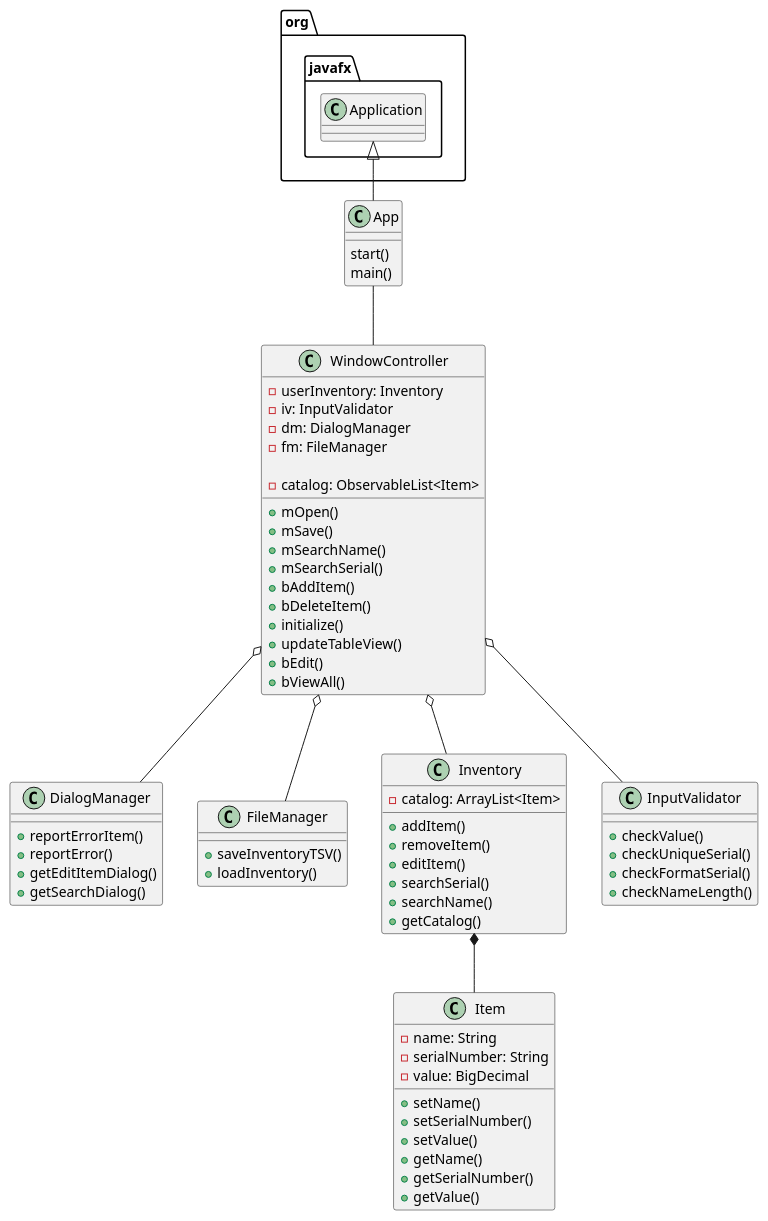
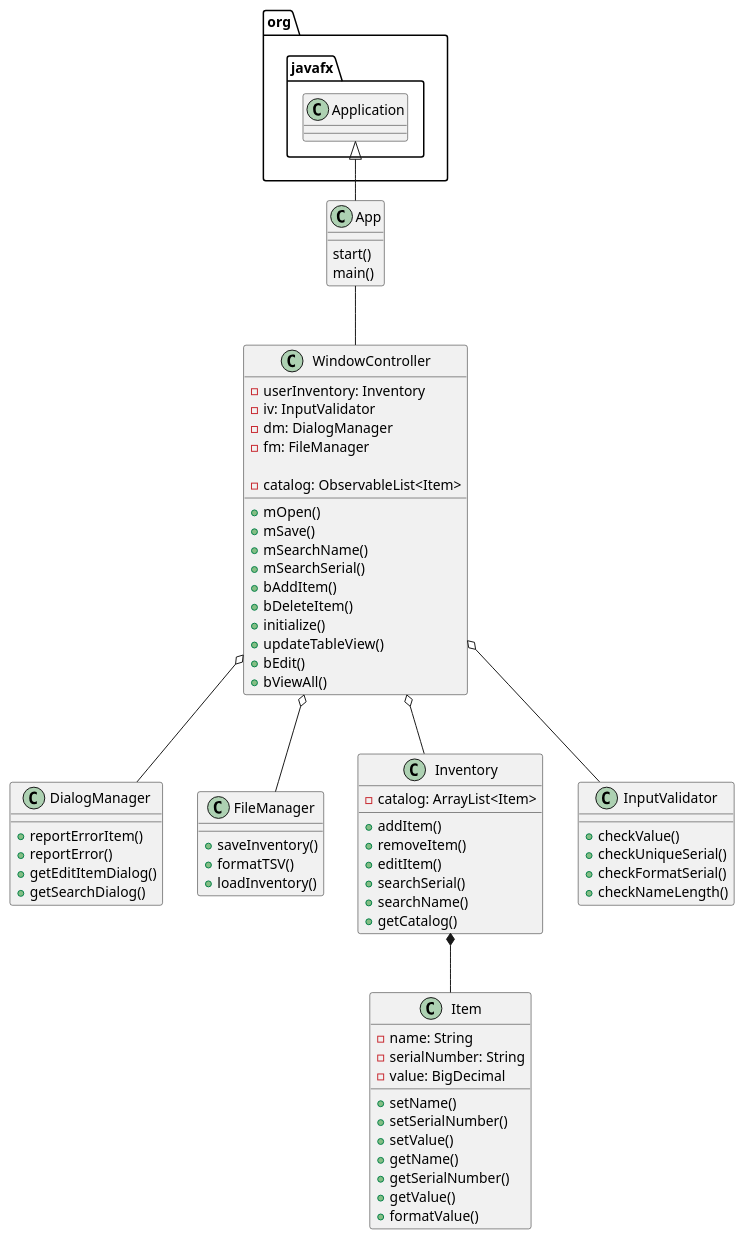
Before and after one commit to kingraham228/Ingraham-7945-a5: the diagram in uml/Inventory.puml, drawn with PlantUML. The commit also changed 4 other files, not shown here.

```diff
--- a/uml/Inventory.puml
+++ b/uml/Inventory.puml
@@ -1,78 +1,80 @@
 @startuml
 class App{
 start()
 main()
 }
 
 class WindowController{
 - userInventory: Inventory
 - iv: InputValidator
 - dm: DialogManager
 - fm: FileManager
 
 - catalog: ObservableList<Item>
 
 +mOpen()
 +mSave()
 +mSearchName()
 +mSearchSerial()
 +bAddItem()
 +bDeleteItem()
 +initialize()
 +updateTableView()
 +bEdit()
 +bViewAll()
 
 }
 
 class DialogManager{
 +reportErrorItem()
 +reportError()
 +getEditItemDialog()
 +getSearchDialog()
 }
 
 class FileManager{
-+saveInventoryTSV()
++saveInventory()
++formatTSV()
 +loadInventory()
 }
 
 class Inventory{
 - catalog: ArrayList<Item>
 
 +addItem()
 +removeItem()
 +editItem()
 +searchSerial()
 +searchName()
 +getCatalog()
 }
 
 class Item{
 -name: String
 -serialNumber: String
 -value: BigDecimal
 
 +setName()
 +setSerialNumber()
 +setValue()
 +getName()
 +getSerialNumber()
 +getValue()
++formatValue()
 }
 
 class InputValidator{
 + checkValue()
 + checkUniqueSerial()
 + checkFormatSerial()
 + checkNameLength()
 }
 
 org.javafx.Application <|-- App
 App -- WindowController
 WindowController o-- DialogManager
 WindowController o-- FileManager
 WindowController o-- Inventory
 Inventory *-- Item
 WindowController o-- InputValidator
 @enduml
```
